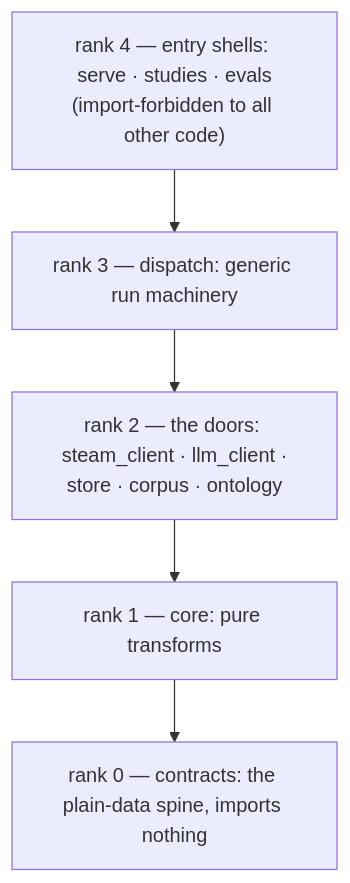
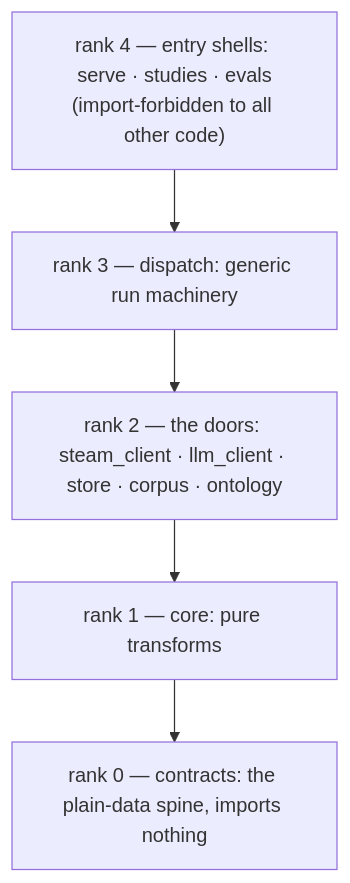
One commit to arda-basarici/steam-lens changed the third of 4 diagrams in ARCHITECTURE.md. Above: the diagram before and after it, drawn with Mermaid. The commit also changed other lines of this file and 1 other file, not shown here.

````diff
--- a/ARCHITECTURE.md
+++ b/ARCHITECTURE.md
@@ -103,9 +118,10 @@
 ```mermaid
 flowchart TD
-    R4["rank 4 — entry shells: serve · studies · evals<br/>(import-forbidden to all other code)"]
+    R4["`rank 4 — entry shells: serve · studies · evals
+    (import-forbidden to all other code)`"]
     R3["rank 3 — dispatch: generic run machinery"]
-    R2["rank 2 — the doors: steam_client · llm_client ·<br/>store · corpus · ontology"]
+    R2["rank 2 — the doors: steam_client · llm_client · store · corpus · ontology"]
     R1["rank 1 — core: pure transforms"]
     R0["rank 0 — contracts: the plain-data spine, imports nothing"]
     R4 --> R3 --> R2 --> R1 --> R0
 ```
````
